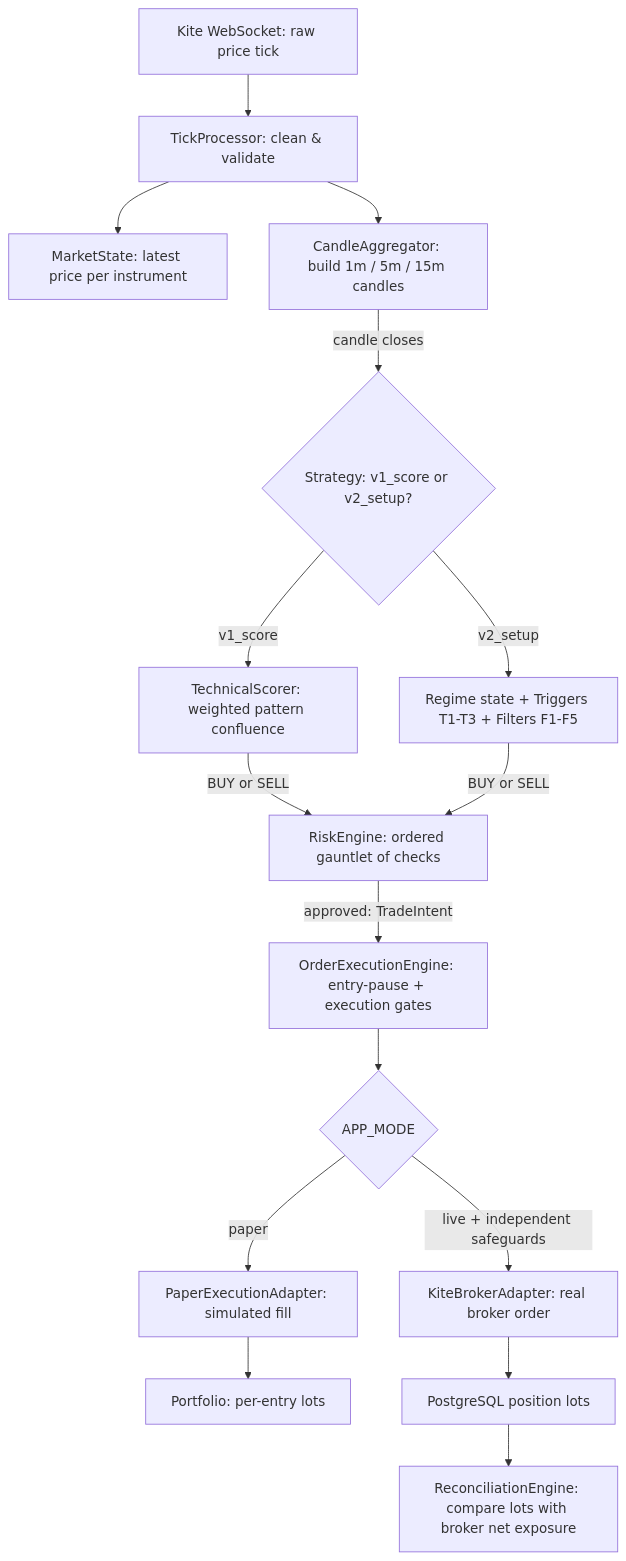
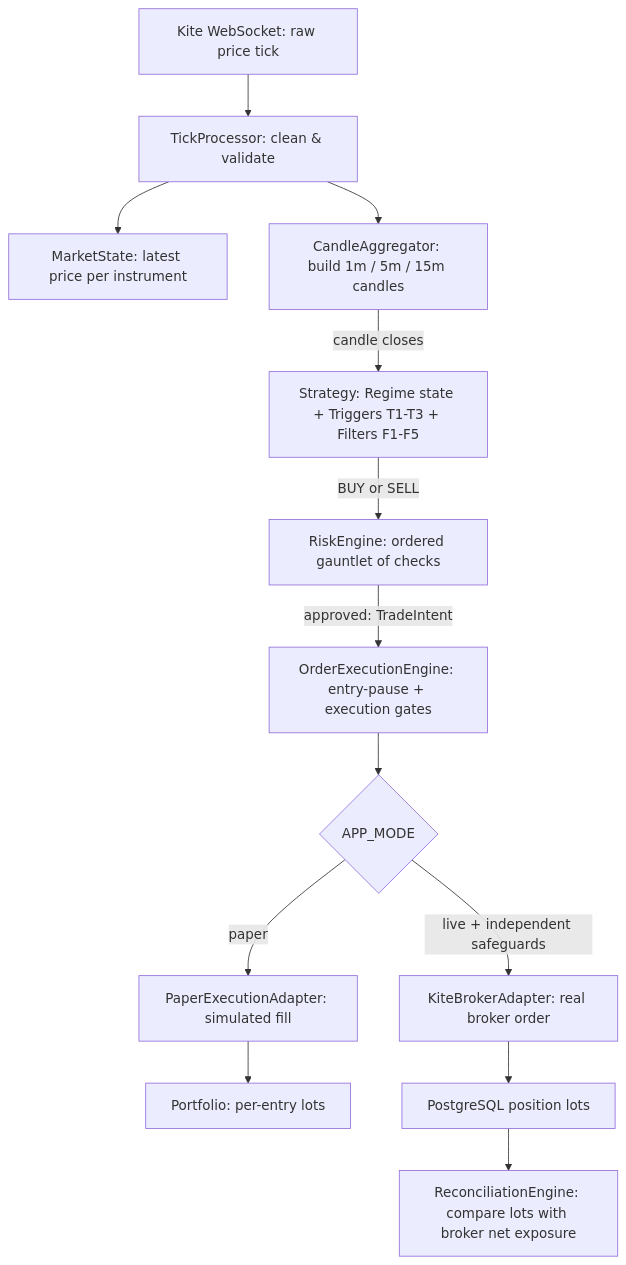
One commit to VictorG1422/docs changed the second of 6 diagrams in docs/trading-platform/flow-and-examples.md. Above: the diagram before and after it, drawn with Mermaid. The commit also changed other lines of this file and 24 other files, not shown here.

````diff
--- a/docs/trading-platform/flow-and-examples.md
+++ b/docs/trading-platform/flow-and-examples.md
@@ -63,18 +62,15 @@
 ```mermaid
 flowchart TD
     A[Kite WebSocket: raw price tick] --> B[TickProcessor: clean & validate]
     B --> C[MarketState: latest price per instrument]
     B --> D[CandleAggregator: build 1m / 5m / 15m candles]
-    D -->|candle closes| E{Strategy: v1_score or v2_setup?}
-    E -->|v1_score| F1[TechnicalScorer: weighted pattern confluence]
-    E -->|v2_setup| F2[Regime state + Triggers T1-T3 + Filters F1-F5]
-    F1 -->|BUY or SELL| G[RiskEngine: ordered gauntlet of checks]
-    F2 -->|BUY or SELL| G
+    D -->|candle closes| E[Strategy: Regime state + Triggers T1-T3 + Filters F1-F5]
+    E -->|BUY or SELL| G[RiskEngine: ordered gauntlet of checks]
     G -->|approved: TradeIntent| H[OrderExecutionEngine: entry-pause + execution gates]
     H --> I{APP_MODE}
     I -->|paper| J[PaperExecutionAdapter: simulated fill]
     I -->|live + independent safeguards| K[KiteBrokerAdapter: real broker order]
     J --> L[Portfolio: per-entry lots]
     K --> M[PostgreSQL position lots]
     M --> N[ReconciliationEngine: compare lots with broker net exposure]
 ```
````
